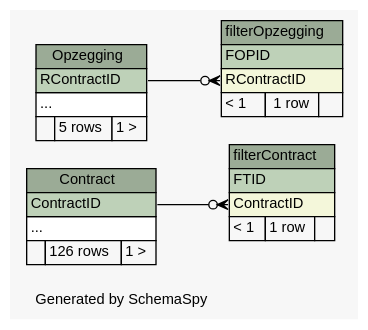
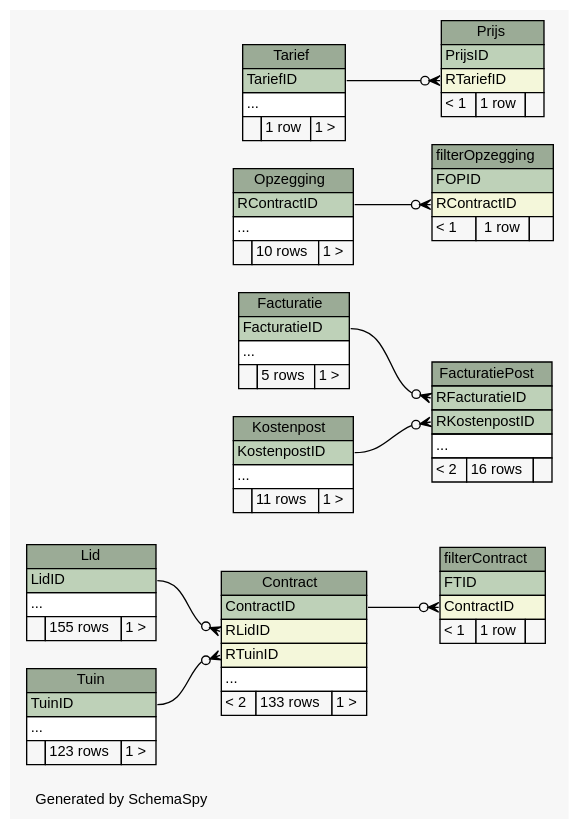
Before and after one commit to slspeek/ona-volkstuin: the diagram in db-schema-docs/diagrams/summary/relationships.real.compact.dot, drawn with Graphviz. The commit also changed 239 other files, not shown here.

Commit message:
Schema geupdate

```diff
--- a/db-schema-docs/diagrams/summary/relationships.real.compact.dot
+++ b/db-schema-docs/diagrams/summary/relationships.real.compact.dot
@@ -1,68 +1,153 @@
 // dot 2.40.1 on Linux 4.19.0-6-amd64
 // SchemaSpy rev 590
 digraph "compactRelationshipsDiagram" {
   graph [
     rankdir="RL"
     bgcolor="#f7f7f7"
     label="\nGenerated by SchemaSpy"
     labeljust="l"
     nodesep="0.18"
     ranksep="0.46"
     fontname="Helvetica"
     fontsize="11"
   ];
   node [
     fontname="Helvetica"
     fontsize="11"
     shape="plaintext"
   ];
   edge [
     arrowsize="0.8"
   ];
   "Contract" [
     label=<
     <TABLE BORDER="0" CELLBORDER="1" CELLSPACING="0" BGCOLOR="#ffffff">
       <TR><TD COLSPAN="3" BGCOLOR="#9bab96" ALIGN="CENTER">Contract</TD></TR>
       <TR><TD PORT="ContractID" COLSPAN="3" BGCOLOR="#bed1b8" ALIGN="LEFT">ContractID</TD></TR>
+      <TR><TD PORT="RLidID" COLSPAN="3" BGCOLOR="#f4f7da" ALIGN="LEFT">RLidID</TD></TR>
+      <TR><TD PORT="RTuinID" COLSPAN="3" BGCOLOR="#f4f7da" ALIGN="LEFT">RTuinID</TD></TR>
       <TR><TD PORT="elipses" COLSPAN="3" ALIGN="LEFT">...</TD></TR>
-      <TR><TD ALIGN="LEFT" BGCOLOR="#f7f7f7">  </TD><TD ALIGN="RIGHT" BGCOLOR="#f7f7f7">126 rows</TD><TD ALIGN="RIGHT" BGCOLOR="#f7f7f7">1 &gt;</TD></TR>
+      <TR><TD ALIGN="LEFT" BGCOLOR="#f7f7f7">&lt; 2</TD><TD ALIGN="RIGHT" BGCOLOR="#f7f7f7">133 rows</TD><TD ALIGN="RIGHT" BGCOLOR="#f7f7f7">1 &gt;</TD></TR>
     </TABLE>>
     URL="tables/Contract.html"
     tooltip="Contract"
+  ];
+  "Facturatie" [
+    label=<
+    <TABLE BORDER="0" CELLBORDER="1" CELLSPACING="0" BGCOLOR="#ffffff">
+      <TR><TD COLSPAN="3" BGCOLOR="#9bab96" ALIGN="CENTER">Facturatie</TD></TR>
+      <TR><TD PORT="FacturatieID" COLSPAN="3" BGCOLOR="#bed1b8" ALIGN="LEFT">FacturatieID</TD></TR>
+      <TR><TD PORT="elipses" COLSPAN="3" ALIGN="LEFT">...</TD></TR>
+      <TR><TD ALIGN="LEFT" BGCOLOR="#f7f7f7">  </TD><TD ALIGN="RIGHT" BGCOLOR="#f7f7f7">5 rows</TD><TD ALIGN="RIGHT" BGCOLOR="#f7f7f7">1 &gt;</TD></TR>
+    </TABLE>>
+    URL="tables/Facturatie.html"
+    tooltip="Facturatie"
+  ];
+  "FacturatiePost" [
+    label=<
+    <TABLE BORDER="0" CELLBORDER="1" CELLSPACING="0" BGCOLOR="#ffffff">
+      <TR><TD COLSPAN="3" BGCOLOR="#9bab96" ALIGN="CENTER">FacturatiePost</TD></TR>
+      <TR><TD PORT="RFacturatieID" COLSPAN="3" BGCOLOR="#bed1b8" ALIGN="LEFT">RFacturatieID</TD></TR>
+      <TR><TD PORT="RKostenpostID" COLSPAN="3" BGCOLOR="#bed1b8" ALIGN="LEFT">RKostenpostID</TD></TR>
+      <TR><TD PORT="elipses" COLSPAN="3" ALIGN="LEFT">...</TD></TR>
+      <TR><TD ALIGN="LEFT" BGCOLOR="#f7f7f7">&lt; 2</TD><TD ALIGN="RIGHT" BGCOLOR="#f7f7f7">16 rows</TD><TD ALIGN="RIGHT" BGCOLOR="#f7f7f7">  </TD></TR>
+    </TABLE>>
+    URL="tables/FacturatiePost.html"
+    tooltip="FacturatiePost"
   ];
   "filterContract" [
     label=<
     <TABLE BORDER="0" CELLBORDER="1" CELLSPACING="0" BGCOLOR="#ffffff">
       <TR><TD COLSPAN="3" BGCOLOR="#9bab96" ALIGN="CENTER">filterContract</TD></TR>
       <TR><TD PORT="FTID" COLSPAN="3" BGCOLOR="#bed1b8" ALIGN="LEFT">FTID</TD></TR>
       <TR><TD PORT="ContractID" COLSPAN="3" BGCOLOR="#f4f7da" ALIGN="LEFT">ContractID</TD></TR>
       <TR><TD ALIGN="LEFT" BGCOLOR="#f7f7f7">&lt; 1</TD><TD ALIGN="RIGHT" BGCOLOR="#f7f7f7">1 row</TD><TD ALIGN="RIGHT" BGCOLOR="#f7f7f7">  </TD></TR>
     </TABLE>>
     URL="tables/filterContract.html"
     tooltip="filterContract"
   ];
   "filterOpzegging" [
     label=<
     <TABLE BORDER="0" CELLBORDER="1" CELLSPACING="0" BGCOLOR="#ffffff">
       <TR><TD COLSPAN="3" BGCOLOR="#9bab96" ALIGN="CENTER">filterOpzegging</TD></TR>
       <TR><TD PORT="FOPID" COLSPAN="3" BGCOLOR="#bed1b8" ALIGN="LEFT">FOPID</TD></TR>
       <TR><TD PORT="RContractID" COLSPAN="3" BGCOLOR="#f4f7da" ALIGN="LEFT">RContractID</TD></TR>
       <TR><TD ALIGN="LEFT" BGCOLOR="#f7f7f7">&lt; 1</TD><TD ALIGN="RIGHT" BGCOLOR="#f7f7f7">1 row</TD><TD ALIGN="RIGHT" BGCOLOR="#f7f7f7">  </TD></TR>
     </TABLE>>
     URL="tables/filterOpzegging.html"
     tooltip="filterOpzegging"
   ];
+  "Kostenpost" [
+    label=<
+    <TABLE BORDER="0" CELLBORDER="1" CELLSPACING="0" BGCOLOR="#ffffff">
+      <TR><TD COLSPAN="3" BGCOLOR="#9bab96" ALIGN="CENTER">Kostenpost</TD></TR>
+      <TR><TD PORT="KostenpostID" COLSPAN="3" BGCOLOR="#bed1b8" ALIGN="LEFT">KostenpostID</TD></TR>
+      <TR><TD PORT="elipses" COLSPAN="3" ALIGN="LEFT">...</TD></TR>
+      <TR><TD ALIGN="LEFT" BGCOLOR="#f7f7f7">  </TD><TD ALIGN="RIGHT" BGCOLOR="#f7f7f7">11 rows</TD><TD ALIGN="RIGHT" BGCOLOR="#f7f7f7">1 &gt;</TD></TR>
+    </TABLE>>
+    URL="tables/Kostenpost.html"
+    tooltip="Kostenpost"
+  ];
+  "Lid" [
+    label=<
+    <TABLE BORDER="0" CELLBORDER="1" CELLSPACING="0" BGCOLOR="#ffffff">
+      <TR><TD COLSPAN="3" BGCOLOR="#9bab96" ALIGN="CENTER">Lid</TD></TR>
+      <TR><TD PORT="LidID" COLSPAN="3" BGCOLOR="#bed1b8" ALIGN="LEFT">LidID</TD></TR>
+      <TR><TD PORT="elipses" COLSPAN="3" ALIGN="LEFT">...</TD></TR>
+      <TR><TD ALIGN="LEFT" BGCOLOR="#f7f7f7">  </TD><TD ALIGN="RIGHT" BGCOLOR="#f7f7f7">155 rows</TD><TD ALIGN="RIGHT" BGCOLOR="#f7f7f7">1 &gt;</TD></TR>
+    </TABLE>>
+    URL="tables/Lid.html"
+    tooltip="Lid"
+  ];
   "Opzegging" [
     label=<
     <TABLE BORDER="0" CELLBORDER="1" CELLSPACING="0" BGCOLOR="#ffffff">
       <TR><TD COLSPAN="3" BGCOLOR="#9bab96" ALIGN="CENTER">Opzegging</TD></TR>
       <TR><TD PORT="RContractID" COLSPAN="3" BGCOLOR="#bed1b8" ALIGN="LEFT">RContractID</TD></TR>
       <TR><TD PORT="elipses" COLSPAN="3" ALIGN="LEFT">...</TD></TR>
-      <TR><TD ALIGN="LEFT" BGCOLOR="#f7f7f7">  </TD><TD ALIGN="RIGHT" BGCOLOR="#f7f7f7">5 rows</TD><TD ALIGN="RIGHT" BGCOLOR="#f7f7f7">1 &gt;</TD></TR>
+      <TR><TD ALIGN="LEFT" BGCOLOR="#f7f7f7">  </TD><TD ALIGN="RIGHT" BGCOLOR="#f7f7f7">10 rows</TD><TD ALIGN="RIGHT" BGCOLOR="#f7f7f7">1 &gt;</TD></TR>
     </TABLE>>
     URL="tables/Opzegging.html"
     tooltip="Opzegging"
   ];
+  "Prijs" [
+    label=<
+    <TABLE BORDER="0" CELLBORDER="1" CELLSPACING="0" BGCOLOR="#ffffff">
+      <TR><TD COLSPAN="3" BGCOLOR="#9bab96" ALIGN="CENTER">Prijs</TD></TR>
+      <TR><TD PORT="PrijsID" COLSPAN="3" BGCOLOR="#bed1b8" ALIGN="LEFT">PrijsID</TD></TR>
+      <TR><TD PORT="RTariefID" COLSPAN="3" BGCOLOR="#f4f7da" ALIGN="LEFT">RTariefID</TD></TR>
+      <TR><TD ALIGN="LEFT" BGCOLOR="#f7f7f7">&lt; 1</TD><TD ALIGN="RIGHT" BGCOLOR="#f7f7f7">1 row</TD><TD ALIGN="RIGHT" BGCOLOR="#f7f7f7">  </TD></TR>
+    </TABLE>>
+    URL="tables/Prijs.html"
+    tooltip="Prijs"
+  ];
+  "Tarief" [
+    label=<
+    <TABLE BORDER="0" CELLBORDER="1" CELLSPACING="0" BGCOLOR="#ffffff">
+      <TR><TD COLSPAN="3" BGCOLOR="#9bab96" ALIGN="CENTER">Tarief</TD></TR>
+      <TR><TD PORT="TariefID" COLSPAN="3" BGCOLOR="#bed1b8" ALIGN="LEFT">TariefID</TD></TR>
+      <TR><TD PORT="elipses" COLSPAN="3" ALIGN="LEFT">...</TD></TR>
+      <TR><TD ALIGN="LEFT" BGCOLOR="#f7f7f7">  </TD><TD ALIGN="RIGHT" BGCOLOR="#f7f7f7">1 row</TD><TD ALIGN="RIGHT" BGCOLOR="#f7f7f7">1 &gt;</TD></TR>
+    </TABLE>>
+    URL="tables/Tarief.html"
+    tooltip="Tarief"
+  ];
+  "Tuin" [
+    label=<
+    <TABLE BORDER="0" CELLBORDER="1" CELLSPACING="0" BGCOLOR="#ffffff">
+      <TR><TD COLSPAN="3" BGCOLOR="#9bab96" ALIGN="CENTER">Tuin</TD></TR>
+      <TR><TD PORT="TuinID" COLSPAN="3" BGCOLOR="#bed1b8" ALIGN="LEFT">TuinID</TD></TR>
+      <TR><TD PORT="elipses" COLSPAN="3" ALIGN="LEFT">...</TD></TR>
+      <TR><TD ALIGN="LEFT" BGCOLOR="#f7f7f7">  </TD><TD ALIGN="RIGHT" BGCOLOR="#f7f7f7">123 rows</TD><TD ALIGN="RIGHT" BGCOLOR="#f7f7f7">1 &gt;</TD></TR>
+    </TABLE>>
+    URL="tables/Tuin.html"
+    tooltip="Tuin"
+  ];
+  "Contract":"RLidID":w -> "Lid":"LidID":e [arrowhead=none dir=back arrowtail=crowodot];
+  "Contract":"RTuinID":w -> "Tuin":"TuinID":e [arrowhead=none dir=back arrowtail=crowodot];
+  "FacturatiePost":"RFacturatieID":w -> "Facturatie":"FacturatieID":e [arrowhead=none dir=back arrowtail=crowodot];
+  "FacturatiePost":"RKostenpostID":w -> "Kostenpost":"KostenpostID":e [arrowhead=none dir=back arrowtail=crowodot];
   "filterContract":"ContractID":w -> "Contract":"ContractID":e [arrowhead=none dir=back arrowtail=crowodot];
   "filterOpzegging":"RContractID":w -> "Opzegging":"RContractID":e [arrowhead=none dir=back arrowtail=crowodot];
+  "Prijs":"RTariefID":w -> "Tarief":"TariefID":e [arrowhead=none dir=back arrowtail=crowodot];
 }
```
